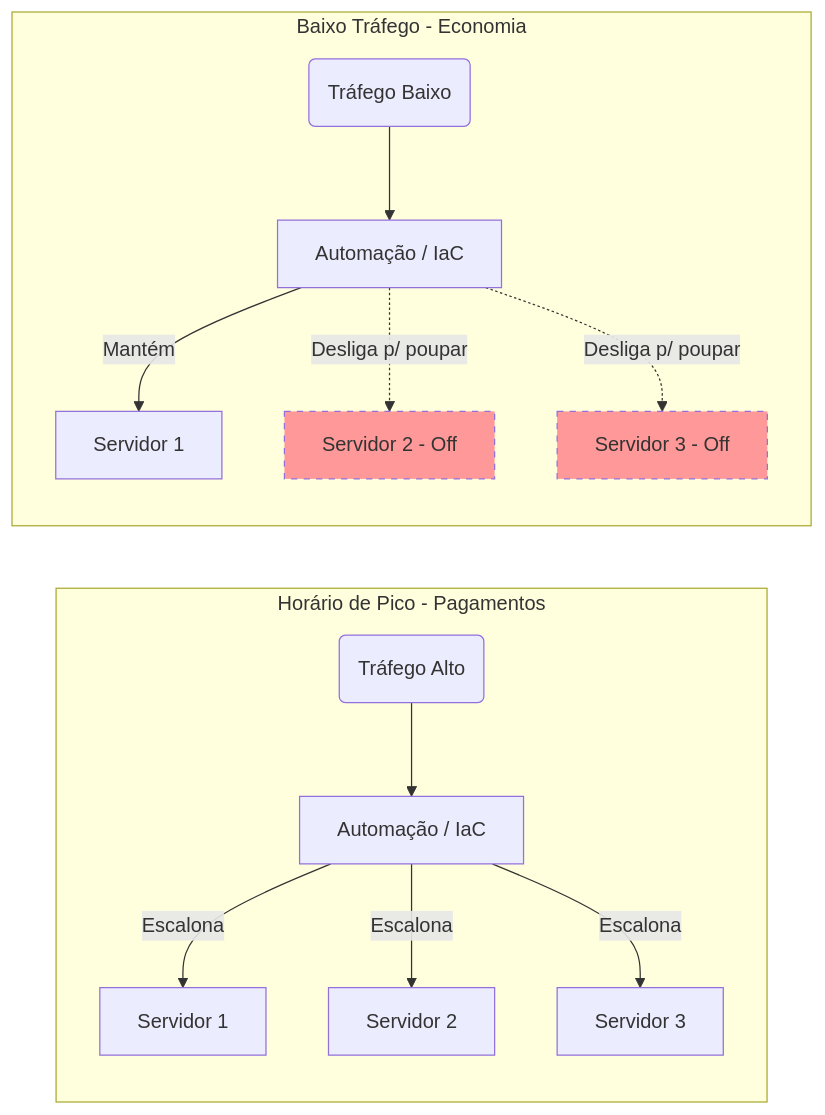
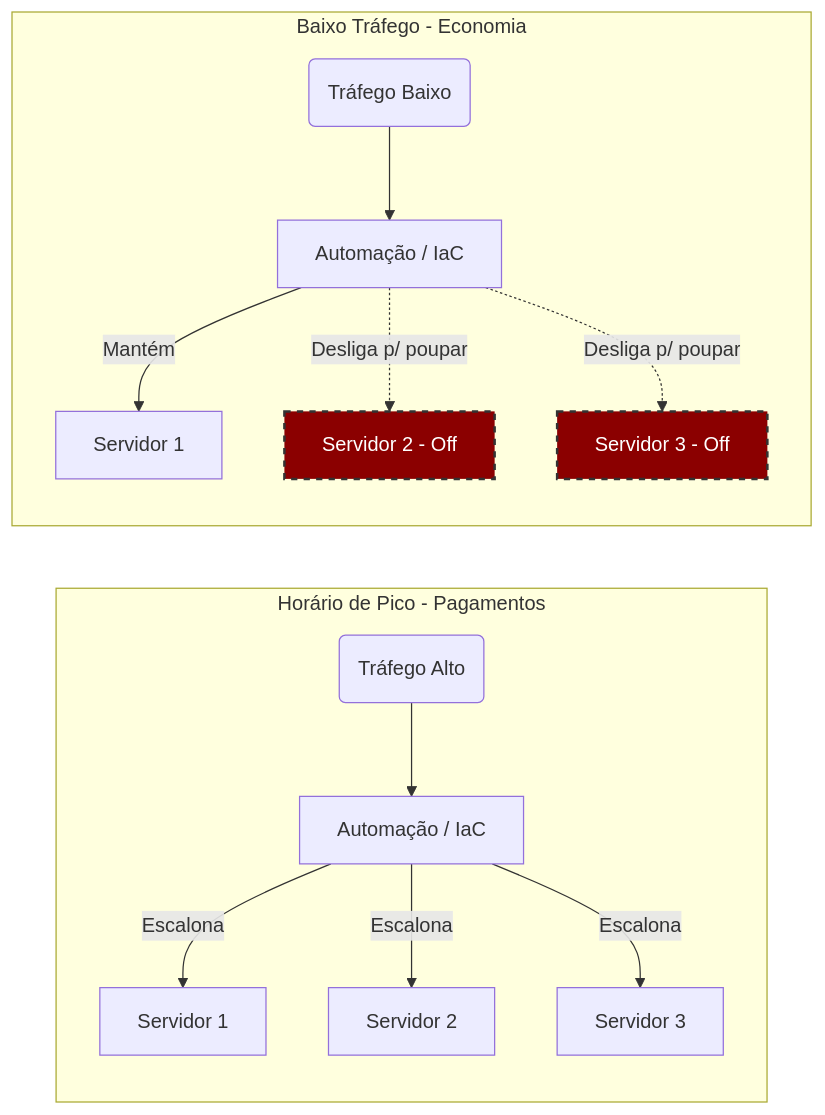
The second of 2 diagrams in README.md (KruxKossel/pisrc-araraquara), drawn with Mermaid before and after one commit.

Commit message:
Update styles for S2_Noite and S3_Noite in README

````diff
--- a/README.md
+++ b/README.md
@@ -32,19 +32,19 @@
 ```mermaid
 flowchart LR
     subgraph Dia [Horário de Pico - Pagamentos]
         T_Dia(Tráfego Alto) --> IaC_Dia[Automação / IaC]
         IaC_Dia -->|Escalona| S1_Dia[Servidor 1]
         IaC_Dia -->|Escalona| S2_Dia[Servidor 2]
         IaC_Dia -->|Escalona| S3_Dia[Servidor 3]
     end
 
     subgraph Madrugada [Baixo Tráfego - Economia]
         T_Noite(Tráfego Baixo) --> IaC_Noite[Automação / IaC]
         IaC_Noite -->|Mantém| S1_Noite[Servidor 1]
         IaC_Noite -.->|Desliga p/ poupar| S2_Noite[Servidor 2 - Off]
         IaC_Noite -.->|Desliga p/ poupar| S3_Noite[Servidor 3 - Off]
         
-        style S2_Noite fill:#f99,stroke-dasharray: 5 5
-        style S3_Noite fill:#f99,stroke-dasharray: 5 5
+        style S2_Noite fill:#8B0000,color:white,stroke:#333,stroke-width:2px,stroke-dasharray: 5 5
+        style S3_Noite fill:#8B0000,color:white,stroke:#333,stroke-width:2px,stroke-dasharray: 5 5
     end
 ```
````
